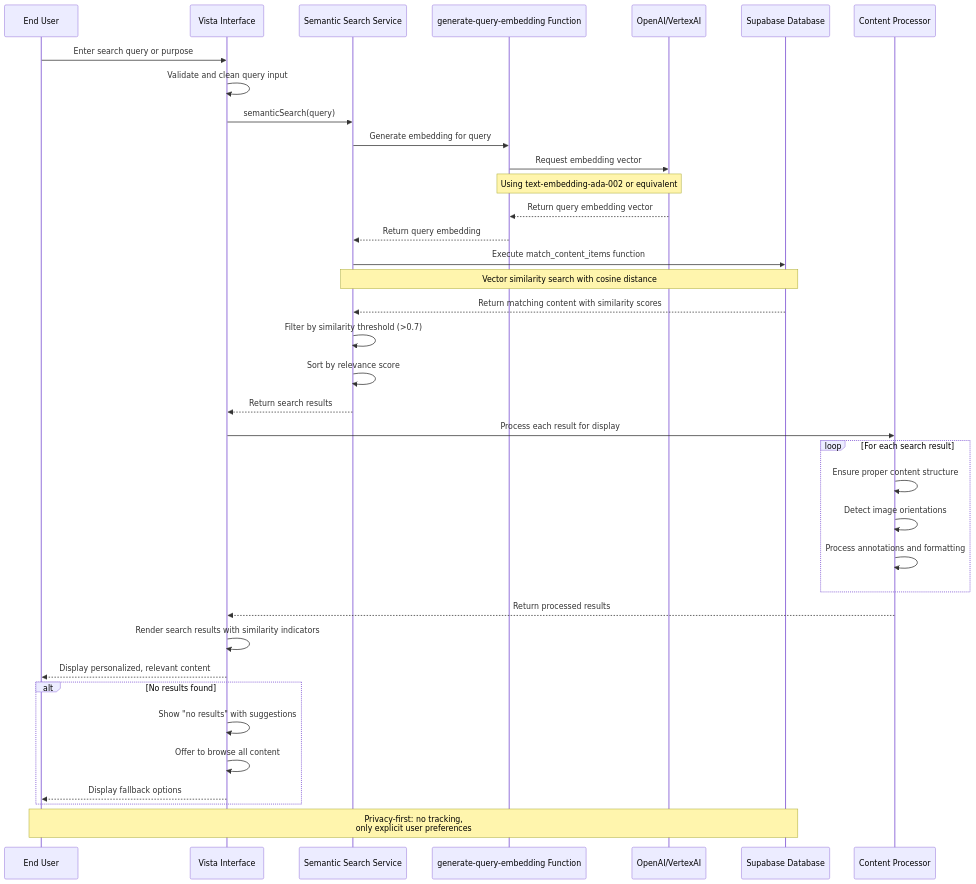
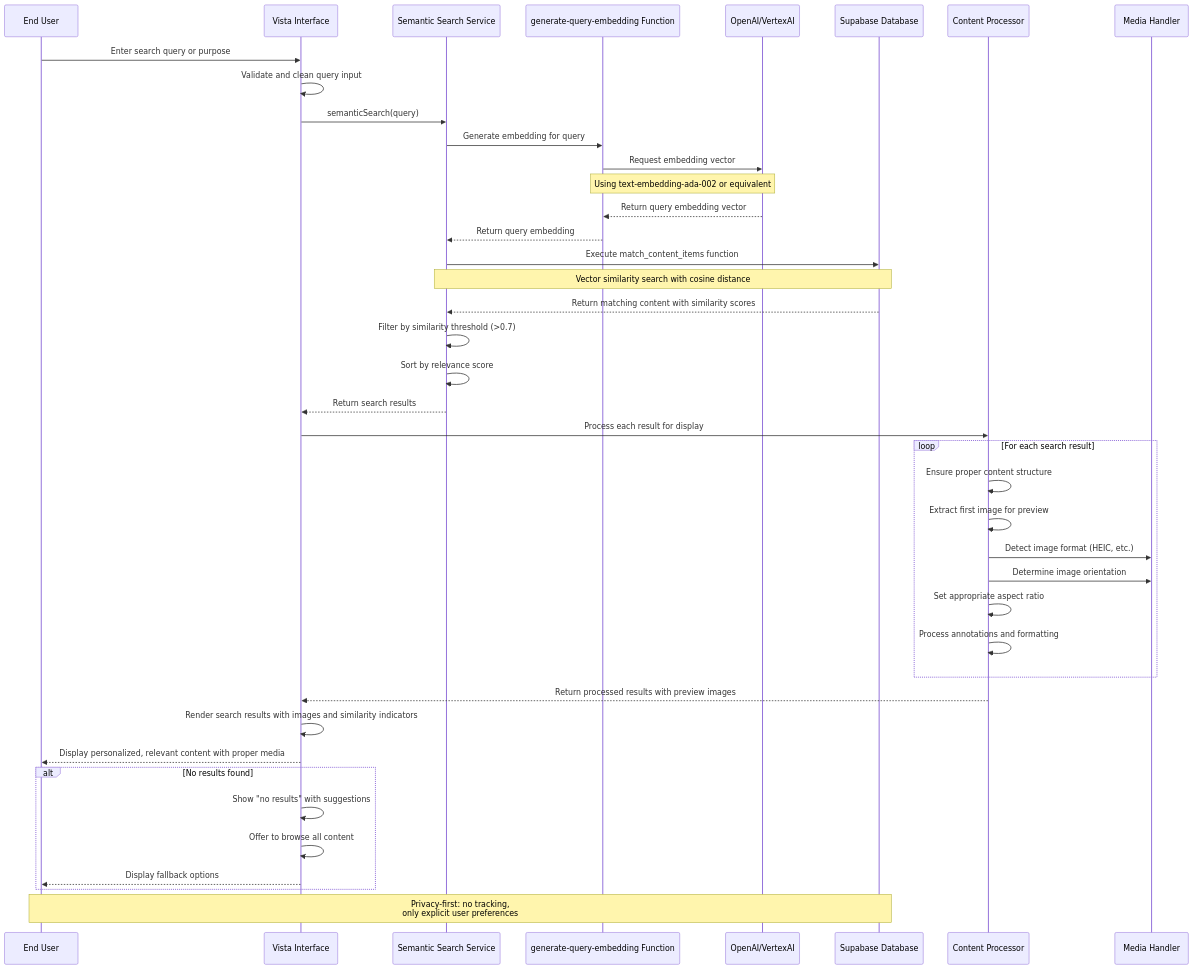
One commit to quinticechen/vista changed the third of 7 diagrams in docs/SEQUENCE_DIAGRAMS.md. Above: the diagram before and after it, drawn with Mermaid. The commit also changed other lines of this file and 7 other files, not shown here.

First line of the commit message:
Fix: Content preview photos not displaying on /:urlParam/vista

````diff
--- a/docs/SEQUENCE_DIAGRAMS.md
+++ b/docs/SEQUENCE_DIAGRAMS.md
@@ -133,52 +132,56 @@
 ```mermaid
 sequenceDiagram
     participant User as End User
     participant UI as Vista Interface
     participant SearchService as Semantic Search Service
     participant EmbedAPI as generate-query-embedding Function
     participant AI as OpenAI/VertexAI
     participant DB as Supabase Database
     participant Processor as Content Processor
+    participant Media as Media Handler
 
     User->>UI: Enter search query or purpose
     UI->>UI: Validate and clean query input
     
     UI->>SearchService: semanticSearch(query)
     SearchService->>EmbedAPI: Generate embedding for query
     
     EmbedAPI->>AI: Request embedding vector
     Note over EmbedAPI,AI: Using text-embedding-ada-002 or equivalent
     
     AI-->>EmbedAPI: Return query embedding vector
     EmbedAPI-->>SearchService: Return query embedding
     
     SearchService->>DB: Execute match_content_items function
     Note over SearchService,DB: Vector similarity search with cosine distance
     
     DB-->>SearchService: Return matching content with similarity scores
     
     SearchService->>SearchService: Filter by similarity threshold (>0.7)
     SearchService->>SearchService: Sort by relevance score
     
     SearchService-->>UI: Return search results
     
     UI->>Processor: Process each result for display
     loop For each search result
         Processor->>Processor: Ensure proper content structure
-        Processor->>Processor: Detect image orientations
+        Processor->>Processor: Extract first image for preview
+        Processor->>Media: Detect image format (HEIC, etc.)
+        Processor->>Media: Determine image orientation
+        Processor->>Processor: Set appropriate aspect ratio
         Processor->>Processor: Process annotations and formatting
     end
     
-    Processor-->>UI: Return processed results
+    Processor-->>UI: Return processed results with preview images
     
-    UI->>UI: Render search results with similarity indicators
-    UI-->>User: Display personalized, relevant content
+    UI->>UI: Render search results with images and similarity indicators
+    UI-->>User: Display personalized, relevant content with proper media
     
     alt No results found
         UI->>UI: Show "no results" with suggestions
         UI->>UI: Offer to browse all content
         UI-->>User: Display fallback options
     end
     
     Note over User,DB: Privacy-first: no tracking,<br/>only explicit user preferences
 ```
````
